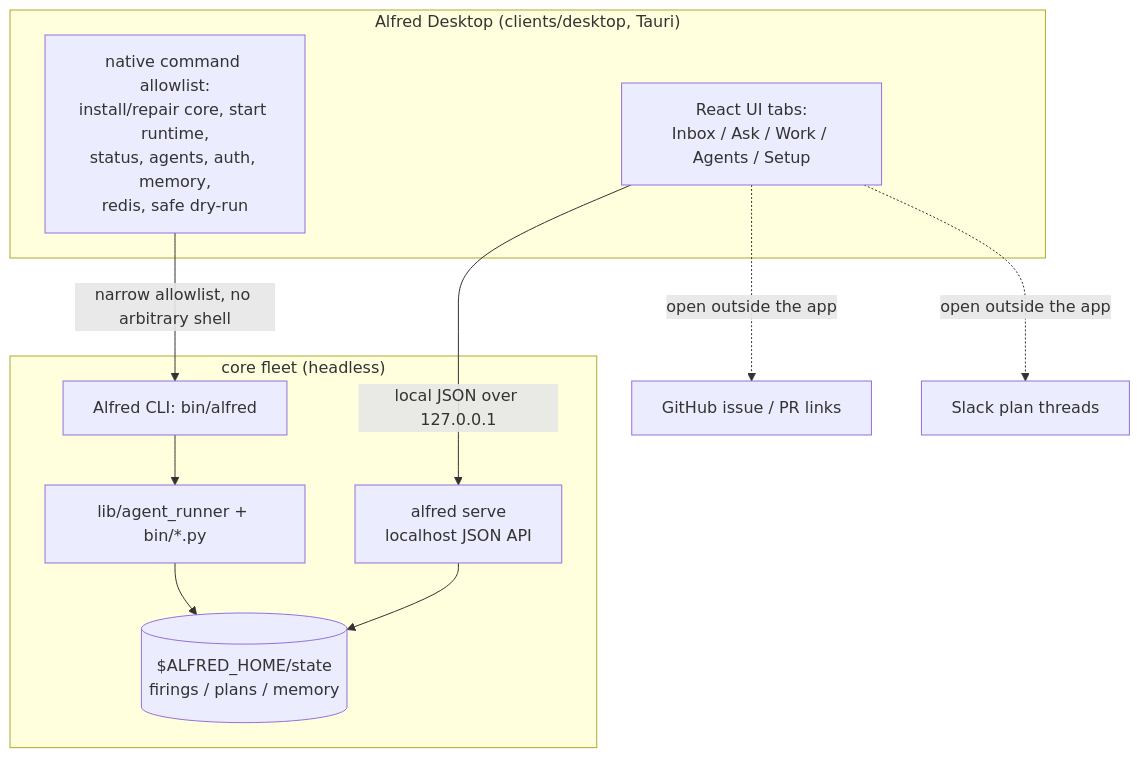
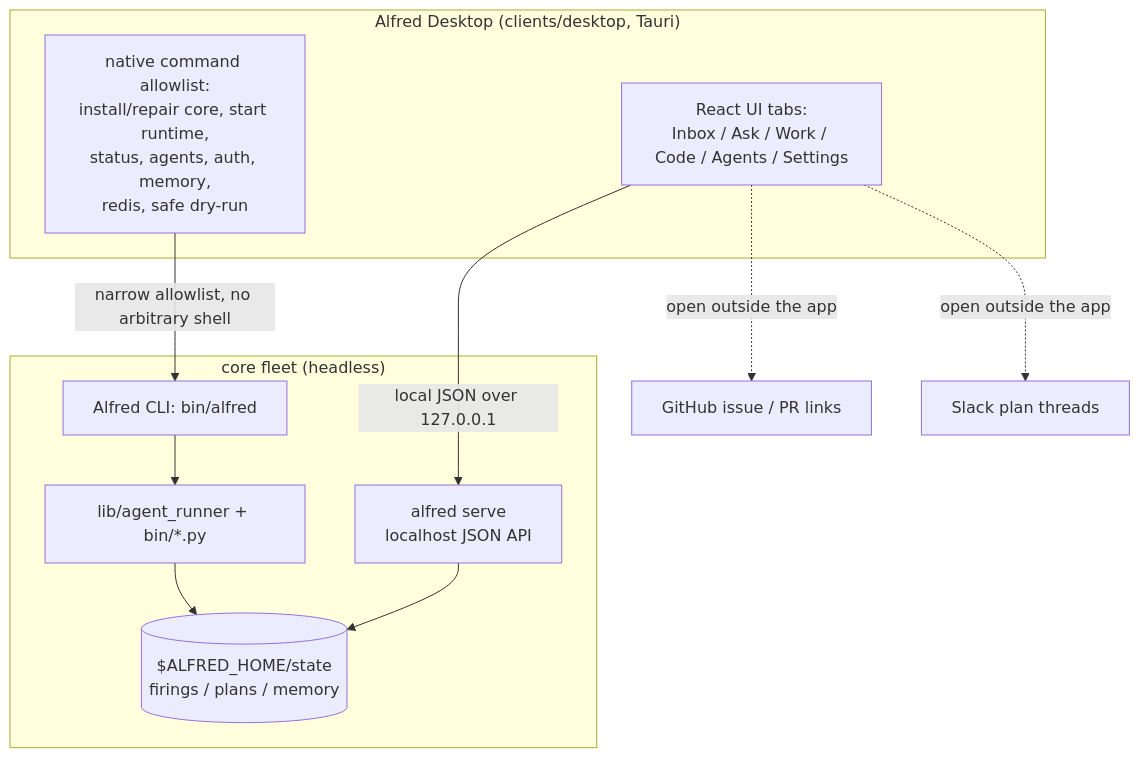
One commit to luminik-io/alfred changed the diagram in site/src/content/docs/concepts/desktop-client.md. Above: the diagram before and after it, drawn with Mermaid. The commit also changed other lines of this file and 24 other files, not shown here.

````diff
--- a/site/src/content/docs/concepts/desktop-client.md
+++ b/site/src/content/docs/concepts/desktop-client.md
@@ -23,25 +23,25 @@
 ```mermaid
 flowchart TB
     subgraph client["Alfred Desktop (clients/desktop, Tauri)"]
-        ui["React UI tabs:<br/>Inbox / Ask / Work / Agents / Setup"]
+        ui["React UI tabs:<br/>Inbox / Ask / Work / Code / Agents / Settings"]
         native["native command allowlist:<br/>install/repair core, start runtime,<br/>status, agents, auth, memory,<br/>redis, safe dry-run"]
     end
 
     subgraph core["core fleet (headless)"]
         serve["alfred serve<br/>localhost JSON API"]
         state[("$ALFRED_HOME/state<br/>firings / plans / memory")]
         cli["Alfred CLI: bin/alfred"]
         fleet["lib/agent_runner + bin/*.py"]
     end
 
     gh["GitHub issue / PR links"]
     slackthread["Slack plan threads"]
 
     ui -->|local JSON over 127.0.0.1| serve
     native -->|narrow allowlist, no arbitrary shell| cli
     serve --> state
     cli --> fleet
     fleet --> state
     ui -.->|open outside the app| gh
     ui -.->|open outside the app| slackthread
 ```
````
